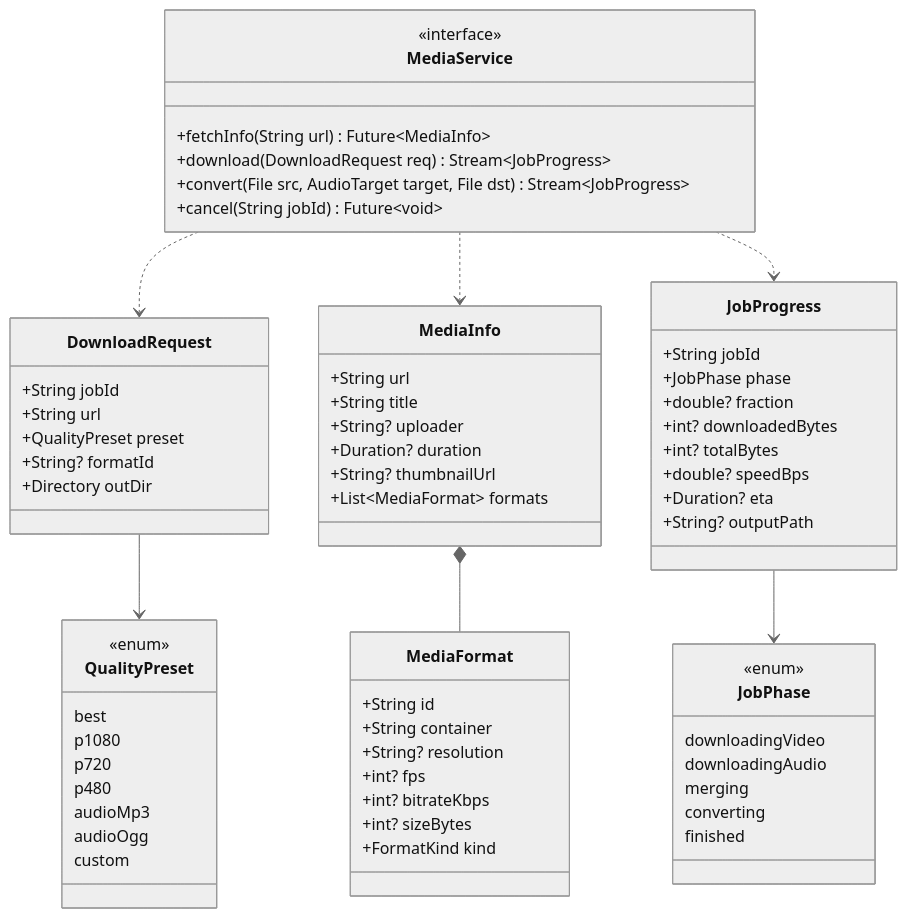
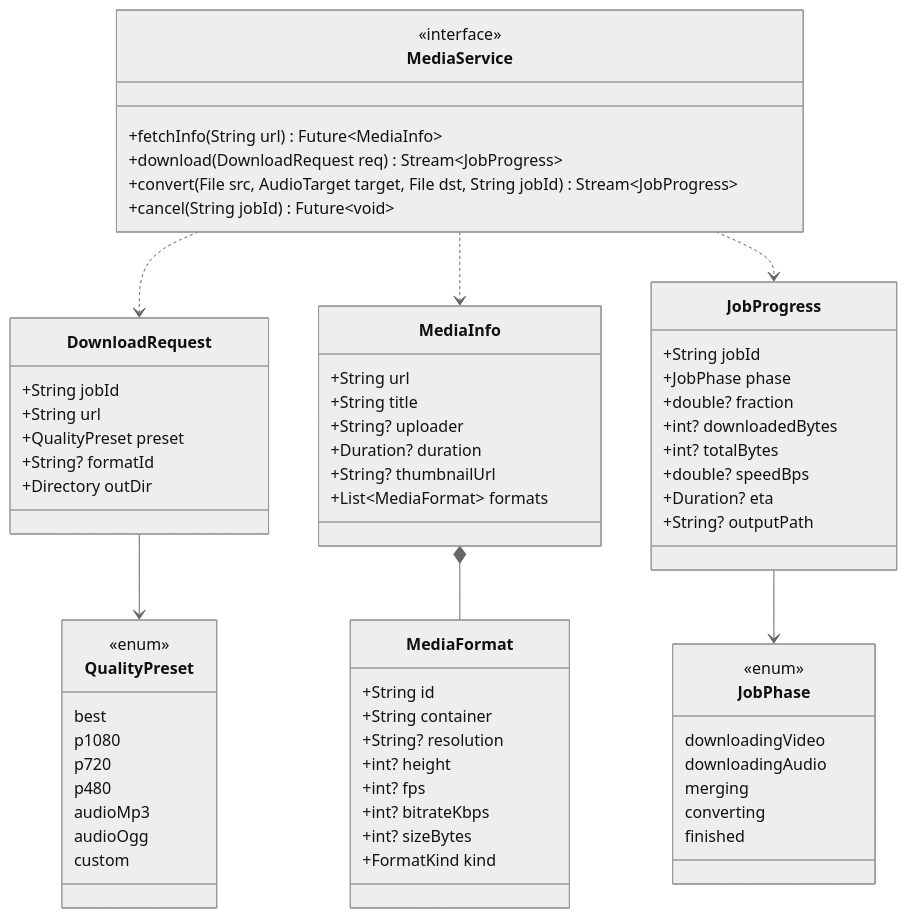
Before and after one commit to vasile-novatchii/ftube: the third of 7 diagrams in docs/spec.md, drawn with Mermaid (neutral theme). The commit also changed 22 other files, not shown here.

````diff
--- a/docs/spec.md
+++ b/docs/spec.md
@@ -133,68 +133,69 @@
 ```mermaid
 classDiagram
   class MediaService {
     <<interface>>
     +fetchInfo(String url) Future~MediaInfo~
     +download(DownloadRequest req) Stream~JobProgress~
-    +convert(File src, AudioTarget target, File dst) Stream~JobProgress~
+    +convert(File src, AudioTarget target, File dst, String jobId) Stream~JobProgress~
     +cancel(String jobId) Future~void~
   }
   class DownloadRequest {
     +String jobId
     +String url
     +QualityPreset preset
     +String? formatId
     +Directory outDir
   }
   class QualityPreset {
     <<enum>>
     best
     p1080
     p720
     p480
     audioMp3
     audioOgg
     custom
   }
   class MediaInfo {
     +String url
     +String title
     +String? uploader
     +Duration? duration
     +String? thumbnailUrl
     +List~MediaFormat~ formats
   }
   class MediaFormat {
     +String id
     +String container
     +String? resolution
+    +int? height
     +int? fps
     +int? bitrateKbps
     +int? sizeBytes
     +FormatKind kind
   }
   class JobProgress {
     +String jobId
     +JobPhase phase
     +double? fraction
     +int? downloadedBytes
     +int? totalBytes
     +double? speedBps
     +Duration? eta
     +String? outputPath
   }
   class JobPhase {
     <<enum>>
     downloadingVideo
     downloadingAudio
     merging
     converting
     finished
   }
   MediaService ..> DownloadRequest
   MediaService ..> MediaInfo
   MediaService ..> JobProgress
   DownloadRequest --> QualityPreset
   MediaInfo *-- MediaFormat
   JobProgress --> JobPhase
 ```
````
